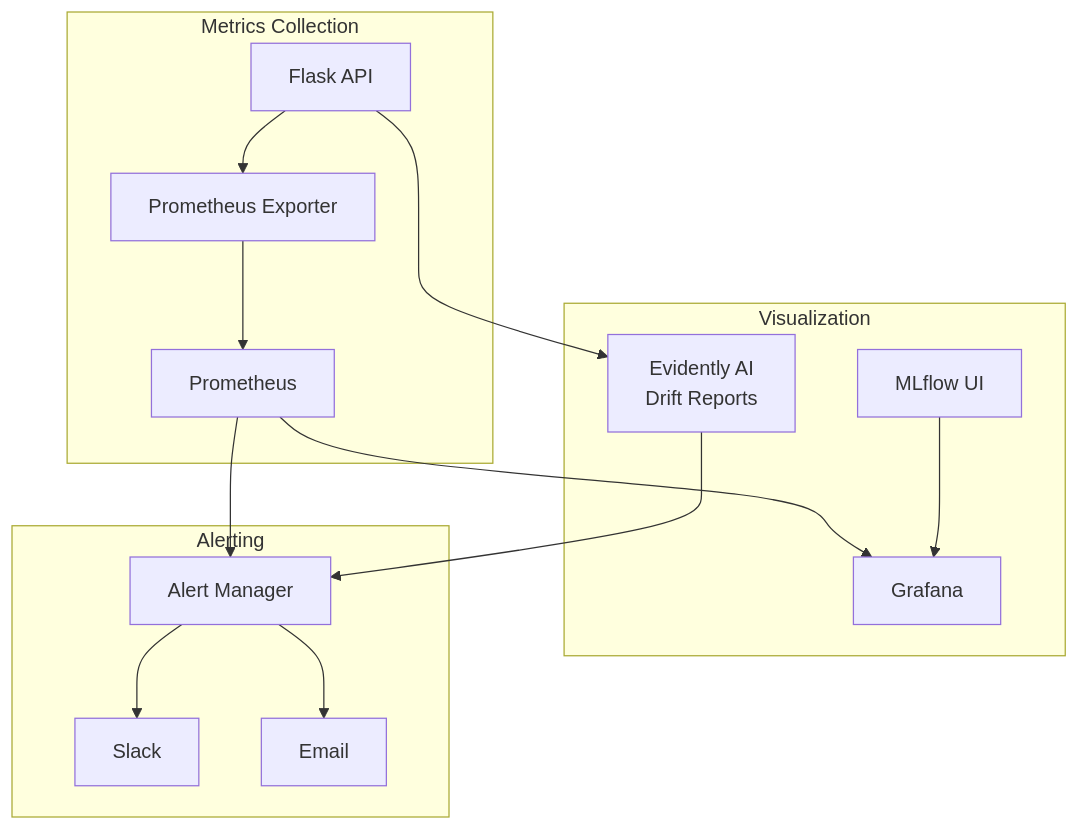
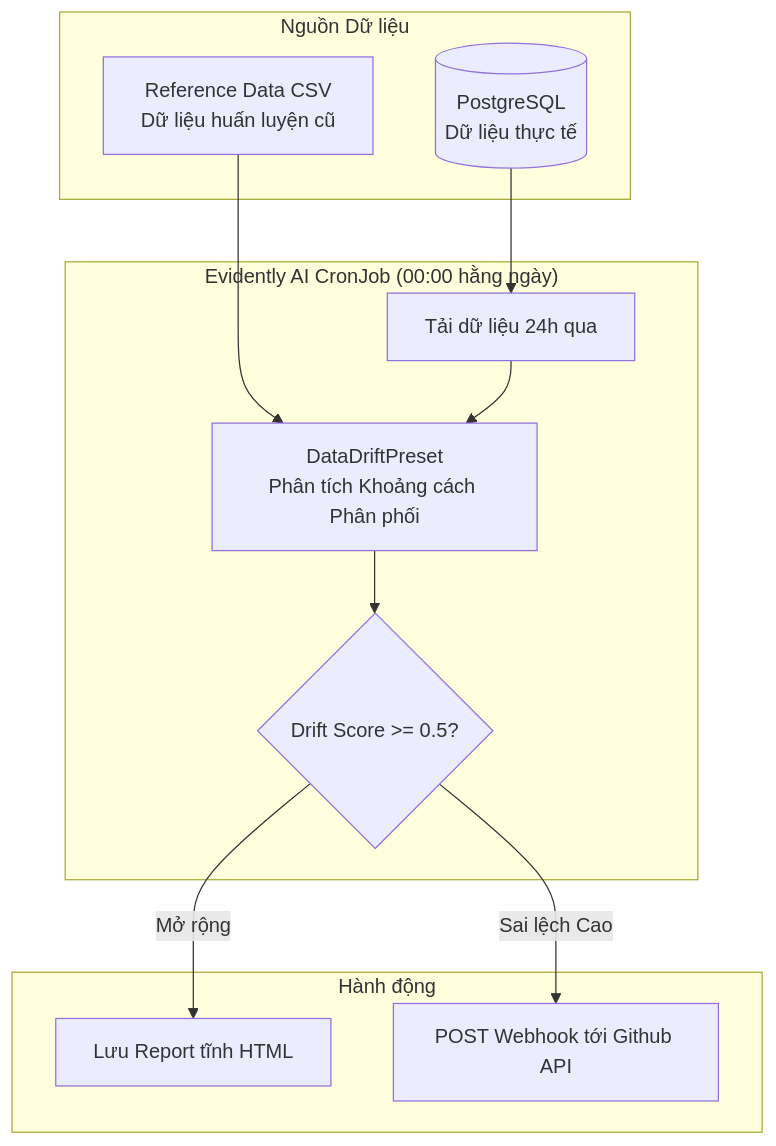
One commit to Viet-Hoang-2005/AdaptML changed the third of 6 diagrams in ARCHITECTURE.md. Above: the diagram before and after it, drawn with Mermaid. The commit also changed other lines of this file and 10 other files, not shown here.

Commit message:
docs/update README, ARCHITECTURE, CHANGELOG and CONTRIBUTING

````diff
--- a/ARCHITECTURE.md
+++ b/ARCHITECTURE.md
@@ -402,30 +71,25 @@
 ```mermaid
 flowchart TB
-    subgraph METRICS["Metrics Collection"]
-        API[Flask API]
-        EXPORT[Prometheus Exporter]
-        PROM[Prometheus]
+    subgraph DATA["Nguồn Dữ liệu"]
+        PROD_DB[(PostgreSQL<br/>Dữ liệu thực tế)]
+        REF_CSV[Reference Data CSV<br/>Dữ liệu huấn luyện cũ]
     end
 
-    subgraph VISUALIZATION["Visualization"]
-        GRAFANA[Grafana]
-        EVidently[Evidently AI<br/>Drift Reports]
-        MLFLOW[MLflow UI]
+    subgraph EVIDENTLY["Evidently AI CronJob (00:00 hằng ngày)"]
+        LOAD[Tải dữ liệu 24h qua]
+        COMPARE[DataDriftPreset<br/>Phân tích Khoảng cách Phân phối]
+        EVAL{Drift Score >= 0.5?}
     end
 
-    subgraph ALERTING["Alerting"]
-        ALERT[Alert Manager]
-        SLACK[Slack]
-        EMAIL[Email]
+    subgraph ACTION["Hành động"]
+        HTML[Lưu Report tĩnh HTML]
+        WEBHOOK[POST Webhook tới Github API]
     end
 
-    API --> EXPORT
-    EXPORT --> PROM
-    PROM --> GRAFANA
-    PROM --> ALERT
-    API --> EVidently
-    EVidently --> ALERT
-    MLFLOW --> GRAFANA
-    ALERT --> SLACK
-    ALERT --> EMAIL
+    PROD_DB --> LOAD
+    REF_CSV --> COMPARE
+    LOAD --> COMPARE
+    COMPARE --> EVAL
+    EVAL -->|Sai lệch Cao| WEBHOOK
+    EVAL -->|Mở rộng| HTML
 ```
````
